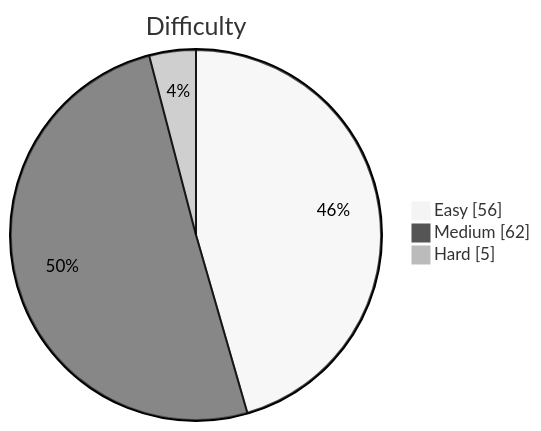
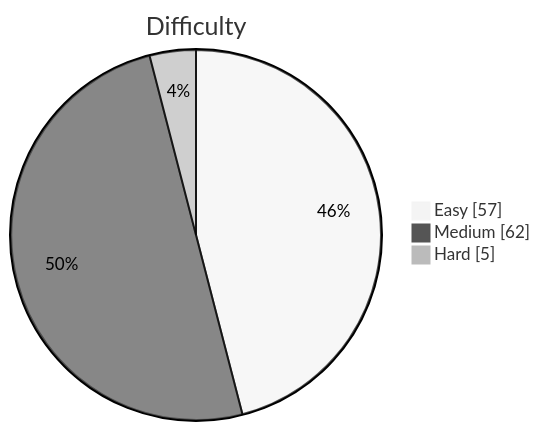
One commit to kevstevie/python-algo-practice changed the diagram in README.md. Above: the diagram before and after it, drawn with Mermaid (neutral theme). The commit also changed other lines of this file, not shown here.

````diff
--- a/README.md
+++ b/README.md
@@ -13,7 +13,7 @@
 ```mermaid
 pie showData
     title Difficulty
-    "Easy"   : 56
+    "Easy"   : 57
     "Medium" : 62
     "Hard"   : 5
 ```
````
